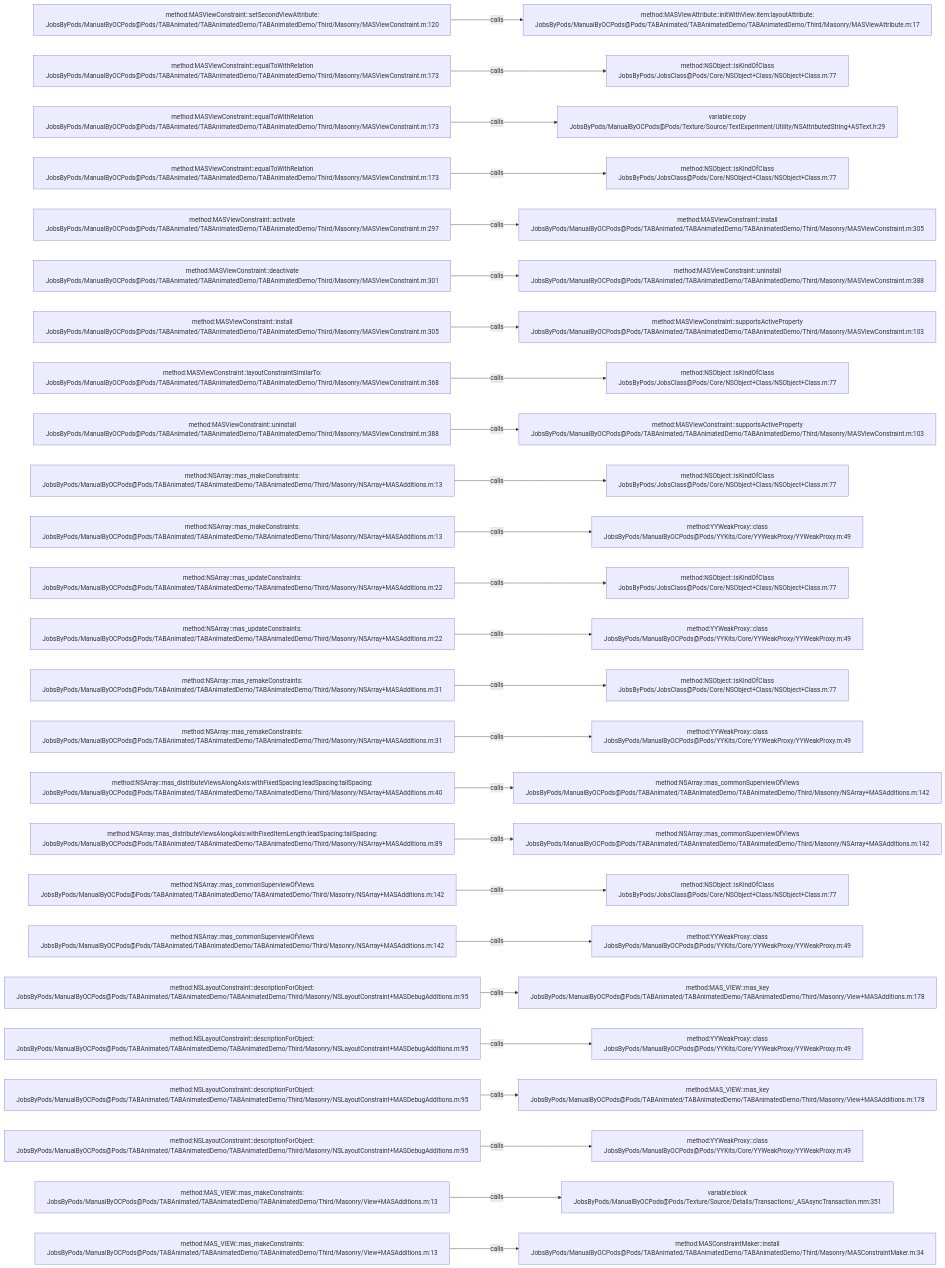
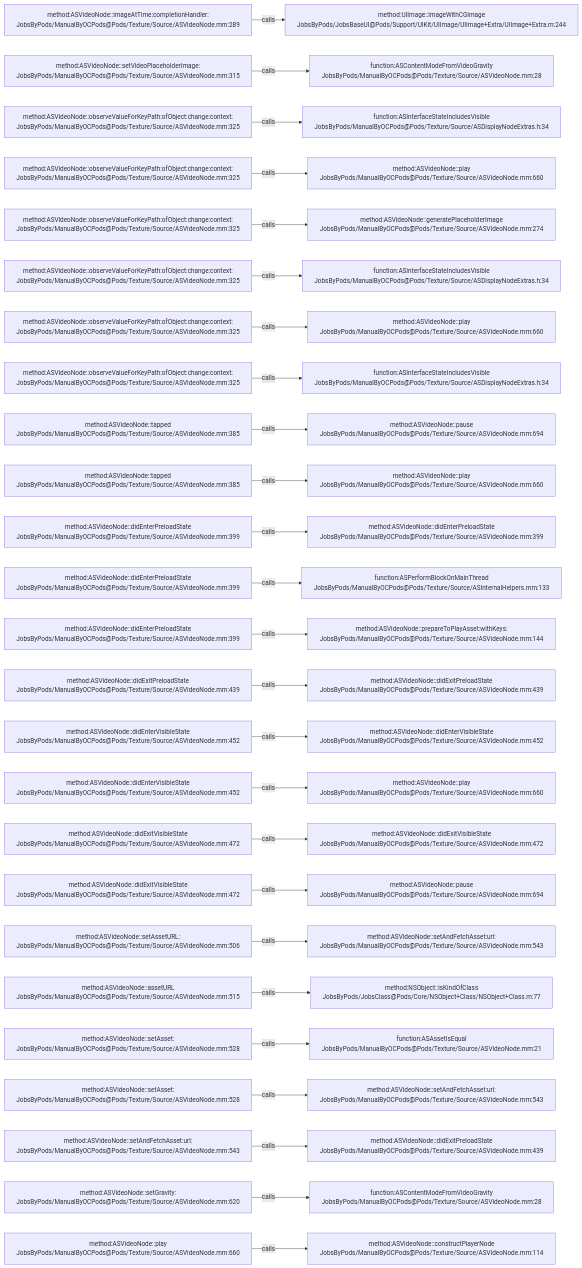
Before and after one commit to JobsKits/JobsOCBaseConfigDemo: the diagram in .codegraph/codegraph.md/graphs/calls-151.md, drawn with Mermaid. The commit also changed 2162 other files, not shown here.

````diff
--- a/.codegraph/codegraph.md/graphs/calls-151.md
+++ b/.codegraph/codegraph.md/graphs/calls-151.md
@@ -13,78 +13,78 @@
 ```mermaid
 flowchart LR
-  S1["method:MASViewConstraint::setSecondViewAttribute:<br/>JobsByPods/ManualByOCPods@Pods/TABAnimated/TABAnimatedDemo/TABAnimatedDemo/Third/Masonry/MASViewConstraint.m:120"]
-  T1["method:MASViewAttribute::initWithView:item:layoutAttribute:<br/>JobsByPods/ManualByOCPods@Pods/TABAnimated/TABAnimatedDemo/TABAnimatedDemo/Third/Masonry/MASViewAttribute.m:17"]
+  S1["method:ASVideoNode::imageAtTime:completionHandler:<br/>JobsByPods/ManualByOCPods@Pods/Texture/Source/ASVideoNode.mm:289"]
+  T1["method:UIImage::imageWithCGImage<br/>JobsByPods/JobsBaseUI@Pods/Support/UIKit/UIImage/UIImage+Extra/UIImage+Extra.m:244"]
   S1 -->|calls| T1
-  S2["method:MASViewConstraint::equalToWithRelation<br/>JobsByPods/ManualByOCPods@Pods/TABAnimated/TABAnimatedDemo/TABAnimatedDemo/Third/Masonry/MASViewConstraint.m:173"]
-  T2["method:NSObject::isKindOfClass<br/>JobsByPods/JobsClass@Pods/Core/NSObject+Class/NSObject+Class.m:77"]
+  S2["method:ASVideoNode::setVideoPlaceholderImage:<br/>JobsByPods/ManualByOCPods@Pods/Texture/Source/ASVideoNode.mm:315"]
+  T2["function:ASContentModeFromVideoGravity<br/>JobsByPods/ManualByOCPods@Pods/Texture/Source/ASVideoNode.mm:28"]
   S2 -->|calls| T2
-  S3["method:MASViewConstraint::equalToWithRelation<br/>JobsByPods/ManualByOCPods@Pods/TABAnimated/TABAnimatedDemo/TABAnimatedDemo/Third/Masonry/MASViewConstraint.m:173"]
-  T3["variable:copy<br/>JobsByPods/ManualByOCPods@Pods/Texture/Source/TextExperiment/Utility/NSAttributedString+ASText.h:29"]
+  S3["method:ASVideoNode::observeValueForKeyPath:ofObject:change:context:<br/>JobsByPods/ManualByOCPods@Pods/Texture/Source/ASVideoNode.mm:325"]
+  T3["function:ASInterfaceStateIncludesVisible<br/>JobsByPods/ManualByOCPods@Pods/Texture/Source/ASDisplayNodeExtras.h:34"]
   S3 -->|calls| T3
-  S4["method:MASViewConstraint::equalToWithRelation<br/>JobsByPods/ManualByOCPods@Pods/TABAnimated/TABAnimatedDemo/TABAnimatedDemo/Third/Masonry/MASViewConstraint.m:173"]
-  T4["method:NSObject::isKindOfClass<br/>JobsByPods/JobsClass@Pods/Core/NSObject+Class/NSObject+Class.m:77"]
+  S4["method:ASVideoNode::observeValueForKeyPath:ofObject:change:context:<br/>JobsByPods/ManualByOCPods@Pods/Texture/Source/ASVideoNode.mm:325"]
+  T4["method:ASVideoNode::play<br/>JobsByPods/ManualByOCPods@Pods/Texture/Source/ASVideoNode.mm:660"]
   S4 -->|calls| T4
-  S5["method:MASViewConstraint::activate<br/>JobsByPods/ManualByOCPods@Pods/TABAnimated/TABAnimatedDemo/TABAnimatedDemo/Third/Masonry/MASViewConstraint.m:297"]
-  T5["method:MASViewConstraint::install<br/>JobsByPods/ManualByOCPods@Pods/TABAnimated/TABAnimatedDemo/TABAnimatedDemo/Third/Masonry/MASViewConstraint.m:305"]
+  S5["method:ASVideoNode::observeValueForKeyPath:ofObject:change:context:<br/>JobsByPods/ManualByOCPods@Pods/Texture/Source/ASVideoNode.mm:325"]
+  T5["method:ASVideoNode::generatePlaceholderImage<br/>JobsByPods/ManualByOCPods@Pods/Texture/Source/ASVideoNode.mm:274"]
   S5 -->|calls| T5
-  S6["method:MASViewConstraint::deactivate<br/>JobsByPods/ManualByOCPods@Pods/TABAnimated/TABAnimatedDemo/TABAnimatedDemo/Third/Masonry/MASViewConstraint.m:301"]
-  T6["method:MASViewConstraint::uninstall<br/>JobsByPods/ManualByOCPods@Pods/TABAnimated/TABAnimatedDemo/TABAnimatedDemo/Third/Masonry/MASViewConstraint.m:388"]
+  S6["method:ASVideoNode::observeValueForKeyPath:ofObject:change:context:<br/>JobsByPods/ManualByOCPods@Pods/Texture/Source/ASVideoNode.mm:325"]
+  T6["function:ASInterfaceStateIncludesVisible<br/>JobsByPods/ManualByOCPods@Pods/Texture/Source/ASDisplayNodeExtras.h:34"]
   S6 -->|calls| T6
-  S7["method:MASViewConstraint::install<br/>JobsByPods/ManualByOCPods@Pods/TABAnimated/TABAnimatedDemo/TABAnimatedDemo/Third/Masonry/MASViewConstraint.m:305"]
-  T7["method:MASViewConstraint::supportsActiveProperty<br/>JobsByPods/ManualByOCPods@Pods/TABAnimated/TABAnimatedDemo/TABAnimatedDemo/Third/Masonry/MASViewConstraint.m:103"]
+  S7["method:ASVideoNode::observeValueForKeyPath:ofObject:change:context:<br/>JobsByPods/ManualByOCPods@Pods/Texture/Source/ASVideoNode.mm:325"]
+  T7["method:ASVideoNode::play<br/>JobsByPods/ManualByOCPods@Pods/Texture/Source/ASVideoNode.mm:660"]
   S7 -->|calls| T7
-  S8["method:MASViewConstraint::layoutConstraintSimilarTo:<br/>JobsByPods/ManualByOCPods@Pods/TABAnimated/TABAnimatedDemo/TABAnimatedDemo/Third/Masonry/MASViewConstraint.m:368"]
-  T8["method:NSObject::isKindOfClass<br/>JobsByPods/JobsClass@Pods/Core/NSObject+Class/NSObject+Class.m:77"]
+  S8["method:ASVideoNode::observeValueForKeyPath:ofObject:change:context:<br/>JobsByPods/ManualByOCPods@Pods/Texture/Source/ASVideoNode.mm:325"]
+  T8["function:ASInterfaceStateIncludesVisible<br/>JobsByPods/ManualByOCPods@Pods/Texture/Source/ASDisplayNodeExtras.h:34"]
   S8 -->|calls| T8
-  S9["method:MASViewConstraint::uninstall<br/>JobsByPods/ManualByOCPods@Pods/TABAnimated/TABAnimatedDemo/TABAnimatedDemo/Third/Masonry/MASViewConstraint.m:388"]
-  T9["method:MASViewConstraint::supportsActiveProperty<br/>JobsByPods/ManualByOCPods@Pods/TABAnimated/TABAnimatedDemo/TABAnimatedDemo/Third/Masonry/MASViewConstraint.m:103"]
+  S9["method:ASVideoNode::tapped<br/>JobsByPods/ManualByOCPods@Pods/Texture/Source/ASVideoNode.mm:385"]
+  T9["method:ASVideoNode::pause<br/>JobsByPods/ManualByOCPods@Pods/Texture/Source/ASVideoNode.mm:694"]
   S9 -->|calls| T9
-  S10["method:NSArray::mas_makeConstraints:<br/>JobsByPods/ManualByOCPods@Pods/TABAnimated/TABAnimatedDemo/TABAnimatedDemo/Third/Masonry/NSArray+MASAdditions.m:13"]
-  T10["method:NSObject::isKindOfClass<br/>JobsByPods/JobsClass@Pods/Core/NSObject+Class/NSObject+Class.m:77"]
+  S10["method:ASVideoNode::tapped<br/>JobsByPods/ManualByOCPods@Pods/Texture/Source/ASVideoNode.mm:385"]
+  T10["method:ASVideoNode::play<br/>JobsByPods/ManualByOCPods@Pods/Texture/Source/ASVideoNode.mm:660"]
   S10 -->|calls| T10
-  S11["method:NSArray::mas_makeConstraints:<br/>JobsByPods/ManualByOCPods@Pods/TABAnimated/TABAnimatedDemo/TABAnimatedDemo/Third/Masonry/NSArray+MASAdditions.m:13"]
-  T11["method:YYWeakProxy::class<br/>JobsByPods/ManualByOCPods@Pods/YYKits/Core/YYWeakProxy/YYWeakProxy.m:49"]
+  S11["method:ASVideoNode::didEnterPreloadState<br/>JobsByPods/ManualByOCPods@Pods/Texture/Source/ASVideoNode.mm:399"]
+  T11["method:ASVideoNode::didEnterPreloadState<br/>JobsByPods/ManualByOCPods@Pods/Texture/Source/ASVideoNode.mm:399"]
   S11 -->|calls| T11
-  S12["method:NSArray::mas_updateConstraints:<br/>JobsByPods/ManualByOCPods@Pods/TABAnimated/TABAnimatedDemo/TABAnimatedDemo/Third/Masonry/NSArray+MASAdditions.m:22"]
-  T12["method:NSObject::isKindOfClass<br/>JobsByPods/JobsClass@Pods/Core/NSObject+Class/NSObject+Class.m:77"]
+  S12["method:ASVideoNode::didEnterPreloadState<br/>JobsByPods/ManualByOCPods@Pods/Texture/Source/ASVideoNode.mm:399"]
+  T12["function:ASPerformBlockOnMainThread<br/>JobsByPods/ManualByOCPods@Pods/Texture/Source/ASInternalHelpers.mm:133"]
   S12 -->|calls| T12
-  S13["method:NSArray::mas_updateConstraints:<br/>JobsByPods/ManualByOCPods@Pods/TABAnimated/TABAnimatedDemo/TABAnimatedDemo/Third/Masonry/NSArray+MASAdditions.m:22"]
-  T13["method:YYWeakProxy::class<br/>JobsByPods/ManualByOCPods@Pods/YYKits/Core/YYWeakProxy/YYWeakProxy.m:49"]
+  S13["method:ASVideoNode::didEnterPreloadState<br/>JobsByPods/ManualByOCPods@Pods/Texture/Source/ASVideoNode.mm:399"]
+  T13["method:ASVideoNode::prepareToPlayAsset:withKeys:<br/>JobsByPods/ManualByOCPods@Pods/Texture/Source/ASVideoNode.mm:144"]
   S13 -->|calls| T13
-  S14["method:NSArray::mas_remakeConstraints:<br/>JobsByPods/ManualByOCPods@Pods/TABAnimated/TABAnimatedDemo/TABAnimatedDemo/Third/Masonry/NSArray+MASAdditions.m:31"]
-  T14["method:NSObject::isKindOfClass<br/>JobsByPods/JobsClass@Pods/Core/NSObject+Class/NSObject+Class.m:77"]
+  S14["method:ASVideoNode::didExitPreloadState<br/>JobsByPods/ManualByOCPods@Pods/Texture/Source/ASVideoNode.mm:439"]
+  T14["method:ASVideoNode::didExitPreloadState<br/>JobsByPods/ManualByOCPods@Pods/Texture/Source/ASVideoNode.mm:439"]
   S14 -->|calls| T14
-  S15["method:NSArray::mas_remakeConstraints:<br/>JobsByPods/ManualByOCPods@Pods/TABAnimated/TABAnimatedDemo/TABAnimatedDemo/Third/Masonry/NSArray+MASAdditions.m:31"]
-  T15["method:YYWeakProxy::class<br/>JobsByPods/ManualByOCPods@Pods/YYKits/Core/YYWeakProxy/YYWeakProxy.m:49"]
+  S15["method:ASVideoNode::didEnterVisibleState<br/>JobsByPods/ManualByOCPods@Pods/Texture/Source/ASVideoNode.mm:452"]
+  T15["method:ASVideoNode::didEnterVisibleState<br/>JobsByPods/ManualByOCPods@Pods/Texture/Source/ASVideoNode.mm:452"]
   S15 -->|calls| T15
-  S16["method:NSArray::mas_distributeViewsAlongAxis:withFixedSpacing:leadSpacing:tailSpacing:<br/>JobsByPods/ManualByOCPods@Pods/TABAnimated/TABAnimatedDemo/TABAnimatedDemo/Third/Masonry/NSArray+MASAdditions.m:40"]
-  T16["method:NSArray::mas_commonSuperviewOfViews<br/>JobsByPods/ManualByOCPods@Pods/TABAnimated/TABAnimatedDemo/TABAnimatedDemo/Third/Masonry/NSArray+MASAdditions.m:142"]
+  S16["method:ASVideoNode::didEnterVisibleState<br/>JobsByPods/ManualByOCPods@Pods/Texture/Source/ASVideoNode.mm:452"]
+  T16["method:ASVideoNode::play<br/>JobsByPods/ManualByOCPods@Pods/Texture/Source/ASVideoNode.mm:660"]
   S16 -->|calls| T16
-  S17["method:NSArray::mas_distributeViewsAlongAxis:withFixedItemLength:leadSpacing:tailSpacing:<br/>JobsByPods/ManualByOCPods@Pods/TABAnimated/TABAnimatedDemo/TABAnimatedDemo/Third/Masonry/NSArray+MASAdditions.m:89"]
-  T17["method:NSArray::mas_commonSuperviewOfViews<br/>JobsByPods/ManualByOCPods@Pods/TABAnimated/TABAnimatedDemo/TABAnimatedDemo/Third/Masonry/NSArray+MASAdditions.m:142"]
+  S17["method:ASVideoNode::didExitVisibleState<br/>JobsByPods/ManualByOCPods@Pods/Texture/Source/ASVideoNode.mm:472"]
+  T17["method:ASVideoNode::didExitVisibleState<br/>JobsByPods/ManualByOCPods@Pods/Texture/Source/ASVideoNode.mm:472"]
   S17 -->|calls| T17
-  S18["method:NSArray::mas_commonSuperviewOfViews<br/>JobsByPods/ManualByOCPods@Pods/TABAnimated/TABAnimatedDemo/TABAnimatedDemo/Third/Masonry/NSArray+MASAdditions.m:142"]
-  T18["method:NSObject::isKindOfClass<br/>JobsByPods/JobsClass@Pods/Core/NSObject+Class/NSObject+Class.m:77"]
+  S18["method:ASVideoNode::didExitVisibleState<br/>JobsByPods/ManualByOCPods@Pods/Texture/Source/ASVideoNode.mm:472"]
+  T18["method:ASVideoNode::pause<br/>JobsByPods/ManualByOCPods@Pods/Texture/Source/ASVideoNode.mm:694"]
   S18 -->|calls| T18
-  S19["method:NSArray::mas_commonSuperviewOfViews<br/>JobsByPods/ManualByOCPods@Pods/TABAnimated/TABAnimatedDemo/TABAnimatedDemo/Third/Masonry/NSArray+MASAdditions.m:142"]
-  T19["method:YYWeakProxy::class<br/>JobsByPods/ManualByOCPods@Pods/YYKits/Core/YYWeakProxy/YYWeakProxy.m:49"]
+  S19["method:ASVideoNode::setAssetURL:<br/>JobsByPods/ManualByOCPods@Pods/Texture/Source/ASVideoNode.mm:506"]
+  T19["method:ASVideoNode::setAndFetchAsset:url:<br/>JobsByPods/ManualByOCPods@Pods/Texture/Source/ASVideoNode.mm:543"]
   S19 -->|calls| T19
-  S20["method:NSLayoutConstraint::descriptionForObject:<br/>JobsByPods/ManualByOCPods@Pods/TABAnimated/TABAnimatedDemo/TABAnimatedDemo/Third/Masonry/NSLayoutConstraint+MASDebugAdditions.m:95"]
-  T20["method:MAS_VIEW::mas_key<br/>JobsByPods/ManualByOCPods@Pods/TABAnimated/TABAnimatedDemo/TABAnimatedDemo/Third/Masonry/View+MASAdditions.m:178"]
+  S20["method:ASVideoNode::assetURL<br/>JobsByPods/ManualByOCPods@Pods/Texture/Source/ASVideoNode.mm:515"]
+  T20["method:NSObject::isKindOfClass<br/>JobsByPods/JobsClass@Pods/Core/NSObject+Class/NSObject+Class.m:77"]
   S20 -->|calls| T20
-  S21["method:NSLayoutConstraint::descriptionForObject:<br/>JobsByPods/ManualByOCPods@Pods/TABAnimated/TABAnimatedDemo/TABAnimatedDemo/Third/Masonry/NSLayoutConstraint+MASDebugAdditions.m:95"]
-  T21["method:YYWeakProxy::class<br/>JobsByPods/ManualByOCPods@Pods/YYKits/Core/YYWeakProxy/YYWeakProxy.m:49"]
+  S21["method:ASVideoNode::setAsset:<br/>JobsByPods/ManualByOCPods@Pods/Texture/Source/ASVideoNode.mm:528"]
+  T21["function:ASAssetIsEqual<br/>JobsByPods/ManualByOCPods@Pods/Texture/Source/ASVideoNode.mm:21"]
   S21 -->|calls| T21
-  S22["method:NSLayoutConstraint::descriptionForObject:<br/>JobsByPods/ManualByOCPods@Pods/TABAnimated/TABAnimatedDemo/TABAnimatedDemo/Third/Masonry/NSLayoutConstraint+MASDebugAdditions.m:95"]
-  T22["method:MAS_VIEW::mas_key<br/>JobsByPods/ManualByOCPods@Pods/TABAnimated/TABAnimatedDemo/TABAnimatedDemo/Third/Masonry/View+MASAdditions.m:178"]
+  S22["method:ASVideoNode::setAsset:<br/>JobsByPods/ManualByOCPods@Pods/Texture/Source/ASVideoNode.mm:528"]
+  T22["method:ASVideoNode::setAndFetchAsset:url:<br/>JobsByPods/ManualByOCPods@Pods/Texture/Source/ASVideoNode.mm:543"]
   S22 -->|calls| T22
-  S23["method:NSLayoutConstraint::descriptionForObject:<br/>JobsByPods/ManualByOCPods@Pods/TABAnimated/TABAnimatedDemo/TABAnimatedDemo/Third/Masonry/NSLayoutConstraint+MASDebugAdditions.m:95"]
-  T23["method:YYWeakProxy::class<br/>JobsByPods/ManualByOCPods@Pods/YYKits/Core/YYWeakProxy/YYWeakProxy.m:49"]
+  S23["method:ASVideoNode::setAndFetchAsset:url:<br/>JobsByPods/ManualByOCPods@Pods/Texture/Source/ASVideoNode.mm:543"]
+  T23["method:ASVideoNode::didExitPreloadState<br/>JobsByPods/ManualByOCPods@Pods/Texture/Source/ASVideoNode.mm:439"]
   S23 -->|calls| T23
-  S24["method:MAS_VIEW::mas_makeConstraints:<br/>JobsByPods/ManualByOCPods@Pods/TABAnimated/TABAnimatedDemo/TABAnimatedDemo/Third/Masonry/View+MASAdditions.m:13"]
-  T24["variable:block<br/>JobsByPods/ManualByOCPods@Pods/Texture/Source/Details/Transactions/_ASAsyncTransaction.mm:351"]
+  S24["method:ASVideoNode::setGravity:<br/>JobsByPods/ManualByOCPods@Pods/Texture/Source/ASVideoNode.mm:620"]
+  T24["function:ASContentModeFromVideoGravity<br/>JobsByPods/ManualByOCPods@Pods/Texture/Source/ASVideoNode.mm:28"]
   S24 -->|calls| T24
-  S25["method:MAS_VIEW::mas_makeConstraints:<br/>JobsByPods/ManualByOCPods@Pods/TABAnimated/TABAnimatedDemo/TABAnimatedDemo/Third/Masonry/View+MASAdditions.m:13"]
-  T25["method:MASConstraintMaker::install<br/>JobsByPods/ManualByOCPods@Pods/TABAnimated/TABAnimatedDemo/TABAnimatedDemo/Third/Masonry/MASConstraintMaker.m:34"]
+  S25["method:ASVideoNode::play<br/>JobsByPods/ManualByOCPods@Pods/Texture/Source/ASVideoNode.mm:660"]
+  T25["method:ASVideoNode::constructPlayerNode<br/>JobsByPods/ManualByOCPods@Pods/Texture/Source/ASVideoNode.mm:114"]
   S25 -->|calls| T25
 ```
````
